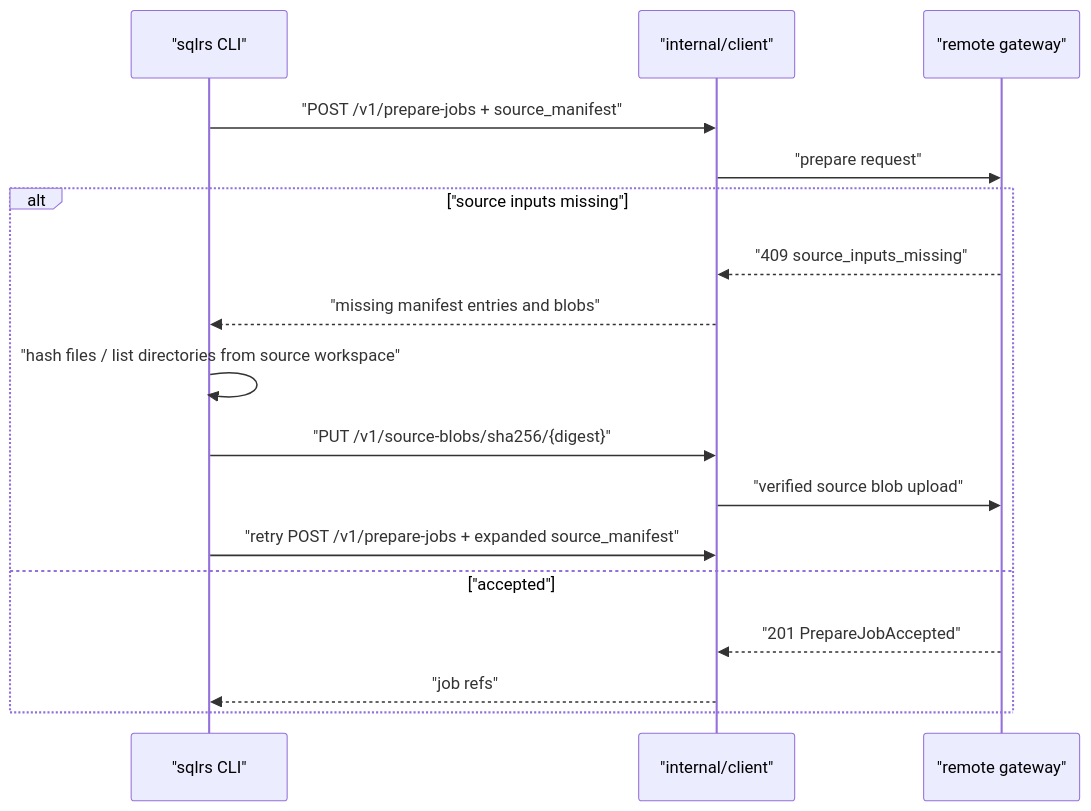
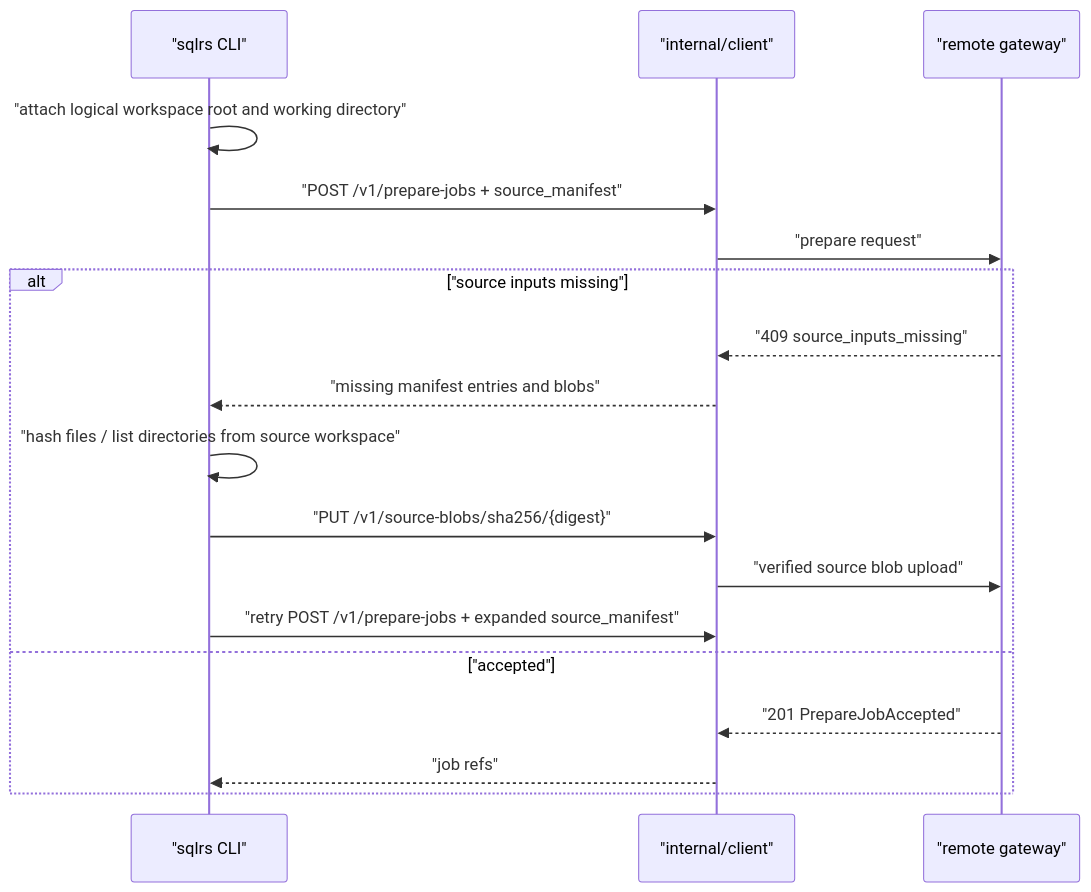
One commit to kimak-irmagi/taidon changed the first of 2 diagrams in docs/architecture/remote-source-input-sync-flow.RU.md. Above: the diagram before and after it, drawn with Mermaid. The commit also changed other lines of this file and 17 other files, not shown here.

````diff
--- a/docs/architecture/remote-source-input-sync-flow.RU.md
+++ b/docs/architecture/remote-source-input-sync-flow.RU.md
@@ -30,20 +36,21 @@
 ```mermaid
 sequenceDiagram
     participant CLI as "sqlrs CLI"
     participant Client as "internal/client"
     participant Gateway as "remote gateway"
 
+    CLI->>CLI: "attach logical workspace root and working directory"
     CLI->>Client: "POST /v1/prepare-jobs + source_manifest"
     Client->>Gateway: "prepare request"
     alt "source inputs missing"
         Gateway-->>Client: "409 source_inputs_missing"
         Client-->>CLI: "missing manifest entries and blobs"
         CLI->>CLI: "hash files / list directories from source workspace"
         CLI->>Client: "PUT /v1/source-blobs/sha256/{digest}"
         Client->>Gateway: "verified source blob upload"
         CLI->>Client: "retry POST /v1/prepare-jobs + expanded source_manifest"
     else "accepted"
         Gateway-->>Client: "201 PrepareJobAccepted"
         Client-->>CLI: "job refs"
     end
 ```
````
